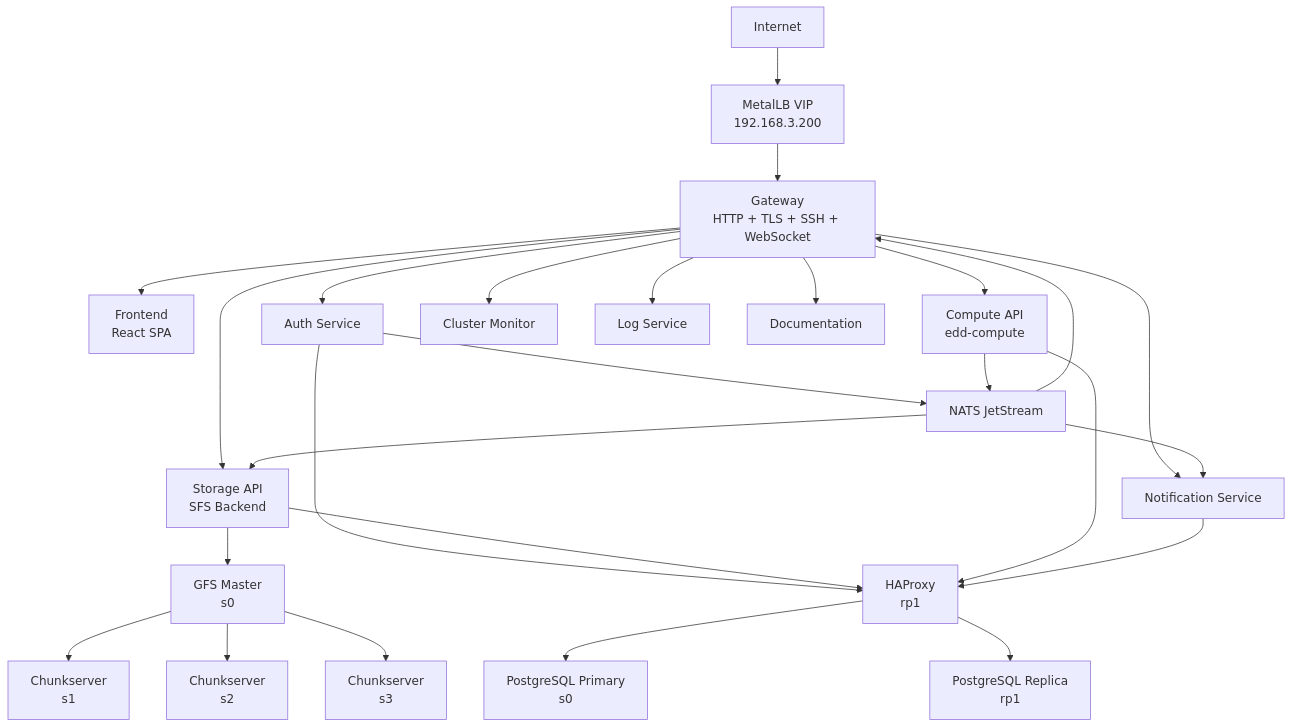
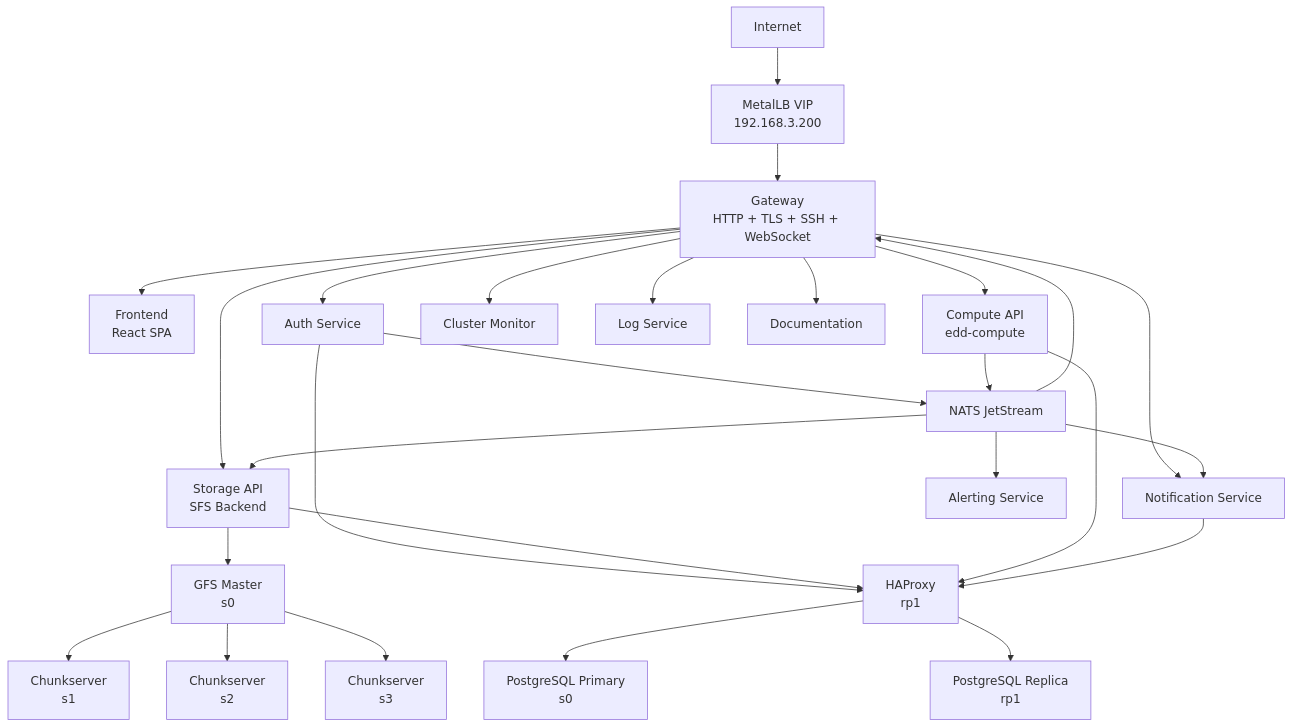
The first of 2 diagrams in edd-cloud-docs/docs/architecture.md (EddisonSo/cloud), drawn with Mermaid before and after one commit. The commit also changed other lines of this file and 40 other files, not shown here.

First line of the commit message:
feat(alerting): extract alerting into standalone event-driven service

````diff
--- a/edd-cloud-docs/docs/architecture.md
+++ b/edd-cloud-docs/docs/architecture.md
@@ -11,34 +11,35 @@
 ```mermaid
 flowchart TB
     Internet[Internet]
 
     Internet --> MetalLB[MetalLB VIP<br/>192.168.3.200]
     MetalLB --> Gateway[Gateway<br/>HTTP + TLS + SSH + WebSocket]
 
     Gateway --> Frontend[Frontend<br/>React SPA]
     Gateway --> Auth[Auth Service]
     Gateway --> Storage[Storage API<br/>SFS Backend]
     Gateway --> Compute[Compute API<br/>edd-compute]
     Gateway --> Health[Cluster Monitor]
     Gateway --> Logs[Log Service]
     Gateway --> Notif[Notification Service]
     Gateway --> Docs[Documentation]
 
     Auth --> NATS[NATS JetStream]
     Compute --> NATS
     NATS --> Storage
     NATS --> Gateway
     NATS --> Notif
+    NATS --> Alerting[Alerting Service]
 
     Storage --> GFSMaster[GFS Master<br/>s0]
     GFSMaster --> Chunk1[Chunkserver<br/>s1]
     GFSMaster --> Chunk2[Chunkserver<br/>s2]
     GFSMaster --> Chunk3[Chunkserver<br/>s3]
 
     Auth --> HAProxy[HAProxy<br/>rp1]
     Storage --> HAProxy
     Compute --> HAProxy
     Notif --> HAProxy
     HAProxy --> PGPrimary[PostgreSQL Primary<br/>s0]
     HAProxy --> PGReplica[PostgreSQL Replica<br/>rp1]
 ```
````
